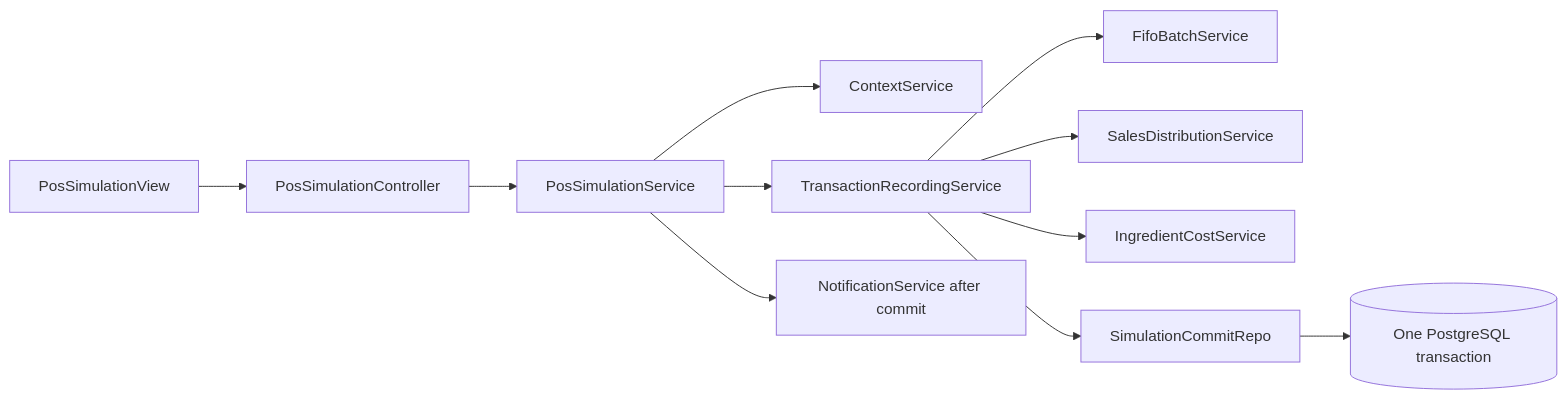
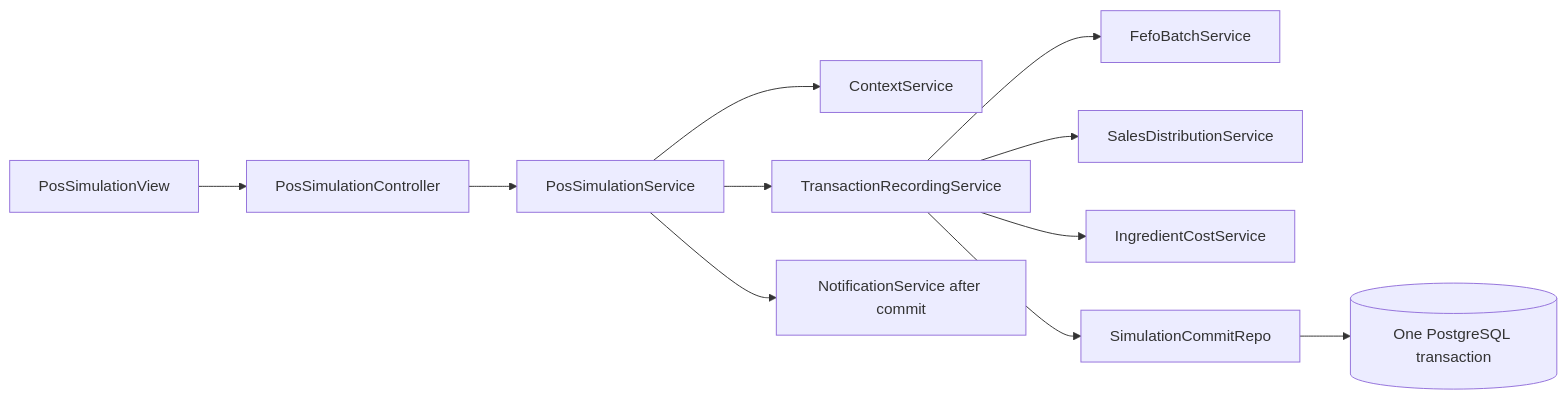
Before and after one commit to KINMINSOO123/fyp: the diagram in Final Year Project/pos_simulation/README.md, drawn with Mermaid. The commit also changed other lines of this file and 76 other files, not shown here.

````diff
--- a/Final Year Project/pos_simulation/README.md
+++ b/Final Year Project/pos_simulation/README.md
@@ -57,13 +59,13 @@
 ```mermaid
 flowchart LR
   V[PosSimulationView] --> C[PosSimulationController]
   C --> S[PosSimulationService]
   S --> CT[ContextService]
   S --> T[TransactionRecordingService]
-  T --> F[FifoBatchService]
+  T --> F[FefoBatchService]
   T --> SD[SalesDistributionService]
   T --> IC[IngredientCostService]
   T --> R[SimulationCommitRepo]
   R --> DB[(One PostgreSQL transaction)]
   S --> N[NotificationService after commit]
 ```
````
